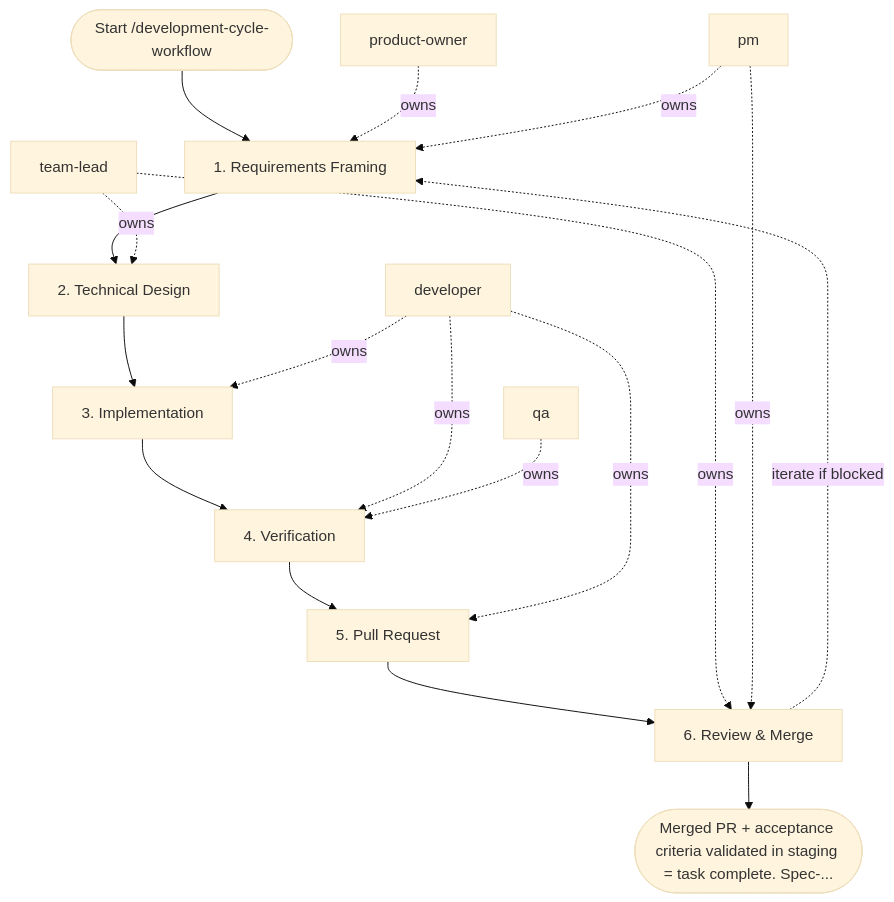
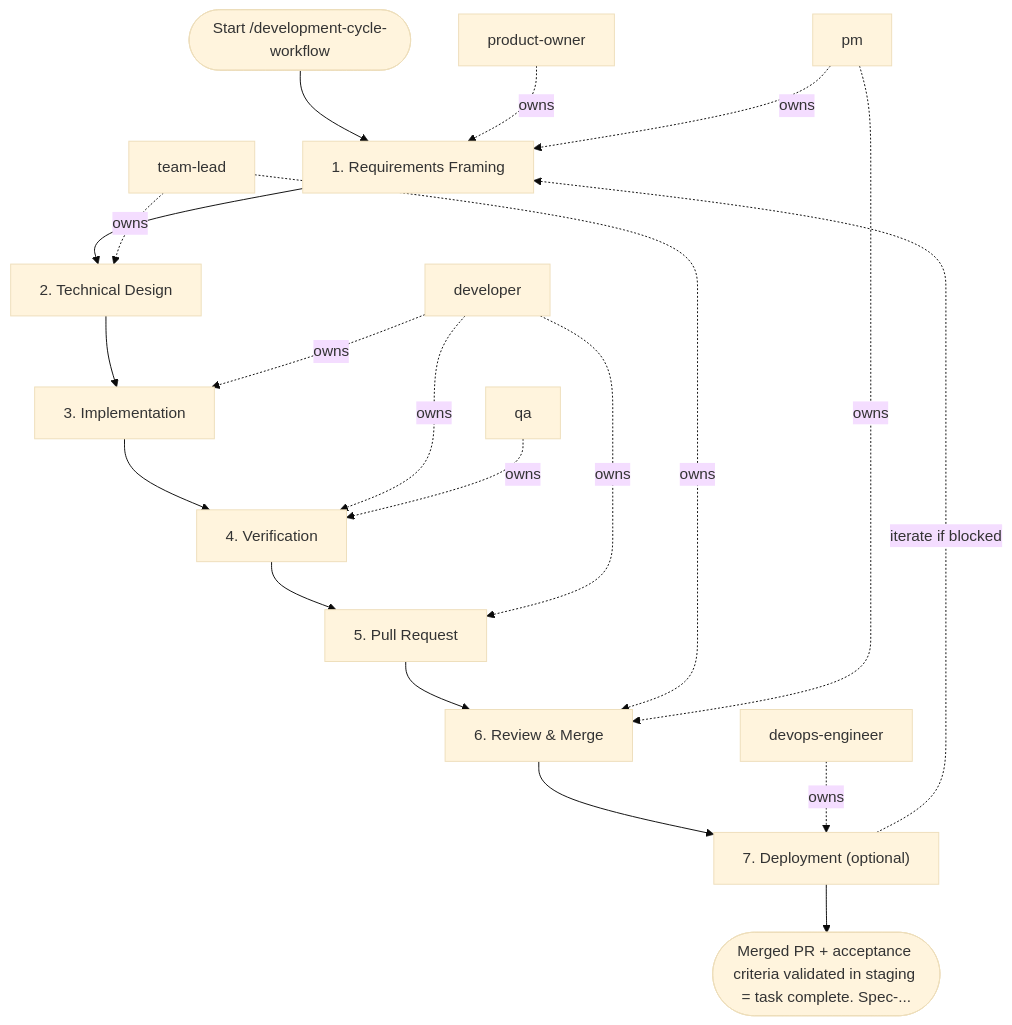
The diagram in areas/software/general/workflows/development-cycle-workflow.md (sawrus/agent-guides), drawn with Mermaid (base theme) before and after one commit. The commit also changed other lines of this file and 135 other files, not shown here.

````diff
--- a/areas/software/general/workflows/development-cycle-workflow.md
+++ b/areas/software/general/workflows/development-cycle-workflow.md
@@ -85,33 +92,37 @@
 ```mermaid
 flowchart TD
   start(["Start /development-cycle-workflow"])
   role_1["product-owner"]
   role_2["pm"]
   role_3["team-lead"]
   role_4["developer"]
   role_5["qa"]
+  role_6["devops-engineer"]
   step_1["1. Requirements Framing"]
   step_2["2. Technical Design"]
   step_3["3. Implementation"]
   step_4["4. Verification"]
   step_5["5. Pull Request"]
   step_6["6. Review & Merge"]
+  step_7["7. Deployment (optional)"]
   exit(["Merged PR + acceptance criteria validated in staging = task complete. Spec-..."])
   start --> step_1
   step_1 --> step_2
   step_2 --> step_3
   step_3 --> step_4
   step_4 --> step_5
   step_5 --> step_6
-  step_6 --> exit
+  step_6 --> step_7
+  step_7 --> exit
   role_1 -. owns .-> step_1
   role_2 -. owns .-> step_1
   role_3 -. owns .-> step_2
   role_4 -. owns .-> step_3
   role_4 -. owns .-> step_4
   role_5 -. owns .-> step_4
   role_4 -. owns .-> step_5
   role_3 -. owns .-> step_6
   role_2 -. owns .-> step_6
-  step_6 -. iterate if blocked .-> step_1
+  role_6 -. owns .-> step_7
+  step_7 -. iterate if blocked .-> step_1
 ```
````
